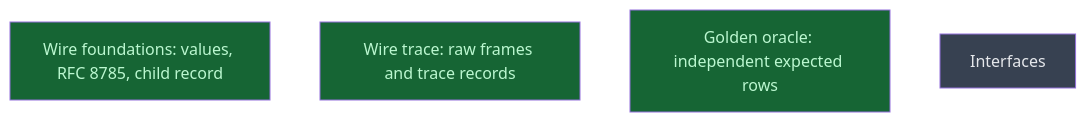
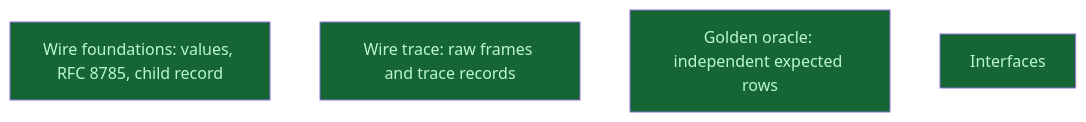
One commit to CrackingShells/Candler changed the diagram in __roadmap__/m1-contracts/README.md. Above: the diagram before and after it, drawn with Mermaid. The commit also changed other lines of this file and 5 other files, not shown here.

````diff
--- a/__roadmap__/m1-contracts/README.md
+++ b/__roadmap__/m1-contracts/README.md
@@ -69,12 +69,12 @@
 ```mermaid
 graph TD
     wire_foundations[Wire foundations: values, RFC 8785, child record]:::done
     wire_trace[Wire trace: raw frames and trace records]:::done
     golden_oracle[Golden oracle: independent expected rows]:::done
-    interfaces[Interfaces]:::planned
+    interfaces[Interfaces]:::done
     classDef done       fill:#166534,color:#bbf7d0
     classDef inprogress fill:#854d0e,color:#fef08a
     classDef planned    fill:#374151,color:#e5e7eb
     classDef amendment  fill:#1e3a5f,color:#bfdbfe
     classDef blocked    fill:#7f1d1d,color:#fecaca
 ```
````
